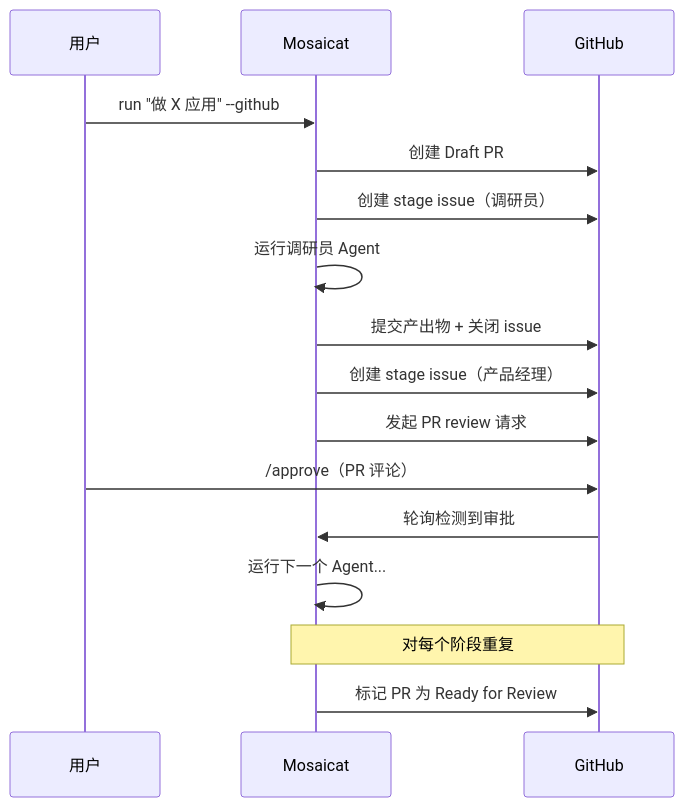
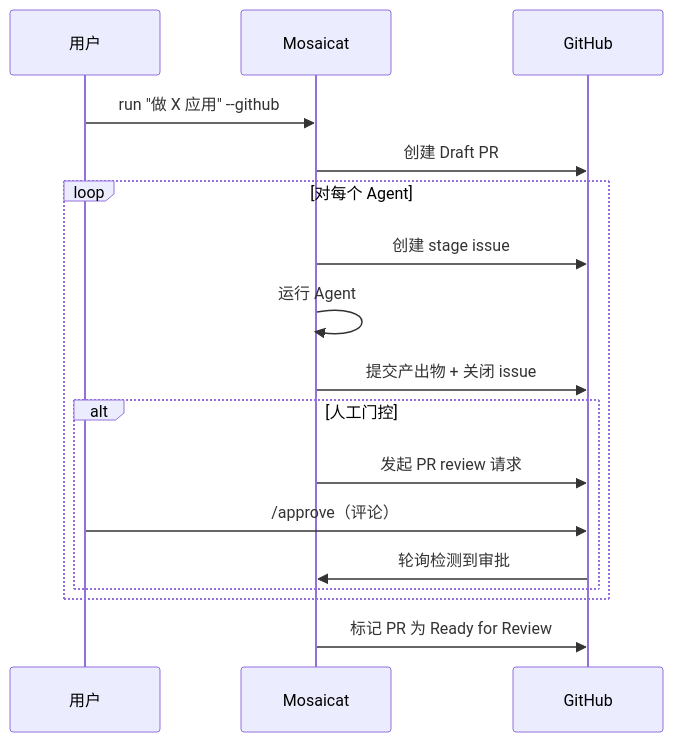
One commit to ZB-ur/mosaicat changed the second of 3 diagrams in README.zh-CN.md. Above: the diagram before and after it, drawn with Mermaid. The commit also changed other lines of this file and 1 other file, not shown here.

````diff
--- a/README.zh-CN.md
+++ b/README.zh-CN.md
@@ -175,19 +155,20 @@
 ```mermaid
 sequenceDiagram
     participant U as 用户
     participant M as Mosaicat
     participant GH as GitHub
 
     U->>M: run "做 X 应用" --github
     M->>GH: 创建 Draft PR
-    M->>GH: 创建 stage issue（调研员）
-    M->>M: 运行调研员 Agent
-    M->>GH: 提交产出物 + 关闭 issue
-    M->>GH: 创建 stage issue（产品经理）
-    M->>GH: 发起 PR review 请求
-    U->>GH: /approve（PR 评论）
-    GH->>M: 轮询检测到审批
-    M->>M: 运行下一个 Agent...
-    Note over M,GH: 对每个阶段重复
+    loop 对每个 Agent
+        M->>GH: 创建 stage issue
+        M->>M: 运行 Agent
+        M->>GH: 提交产出物 + 关闭 issue
+        alt 人工门控
+            M->>GH: 发起 PR review 请求
+            U->>GH: /approve（评论）
+            GH->>M: 轮询检测到审批
+        end
+    end
     M->>GH: 标记 PR 为 Ready for Review
 ```
````
